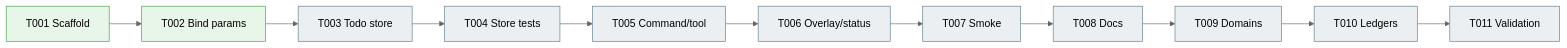
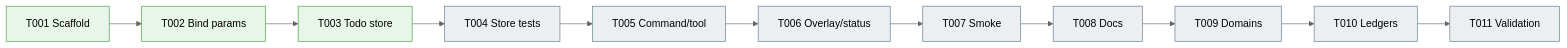
Before and after one commit to vaughanknight/pij: the third of 3 diagrams in docs/plans/010-sql-backed-todo-extension/sql-backed-todo-extension.fltplan.md, drawn with Mermaid (neutral theme). The commit also changed other lines of this file and 5 other files, not shown here.

Commit message:
feat: implement sql-backed todo store

````diff
--- a/docs/plans/010-sql-backed-todo-extension/sql-backed-todo-extension.fltplan.md
+++ b/docs/plans/010-sql-backed-todo-extension/sql-backed-todo-extension.fltplan.md
@@ -128,9 +128,9 @@
 ```mermaid
 flowchart LR
     classDef pending fill:#ECEFF1,stroke:#607D8B,color:#000
     classDef active fill:#FFF3E0,stroke:#FB8C00,color:#000
     classDef done fill:#E8F5E9,stroke:#43A047,color:#000
     classDef blocked fill:#FFEBEE,stroke:#E53935,color:#000
 
-    S001[T001 Scaffold]:::done --> S002[T002 Bind params]:::done --> S003[T003 Todo store]:::pending --> S004[T004 Store tests]:::pending --> S005[T005 Command/tool]:::pending --> S006[T006 Overlay/status]:::pending --> S007[T007 Smoke]:::pending --> S008[T008 Docs]:::pending --> S009[T009 Domains]:::pending --> S010[T010 Ledgers]:::pending --> S011[T011 Validation]:::pending
+    S001[T001 Scaffold]:::done --> S002[T002 Bind params]:::done --> S003[T003 Todo store]:::done --> S004[T004 Store tests]:::pending --> S005[T005 Command/tool]:::pending --> S006[T006 Overlay/status]:::pending --> S007[T007 Smoke]:::pending --> S008[T008 Docs]:::pending --> S009[T009 Domains]:::pending --> S010[T010 Ledgers]:::pending --> S011[T011 Validation]:::pending
 ```
````
